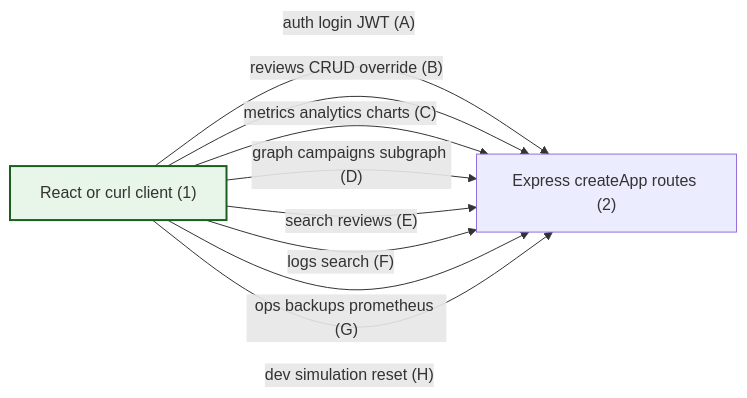
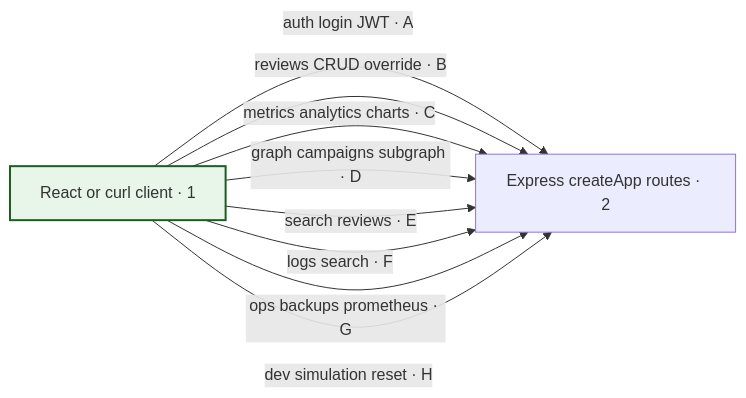
The diagram in docs/diagrams/system-flow-02-rest-api.mmd (OferElboher/suspicious-email-triage), drawn with Mermaid before and after one commit. The commit also changed 18 other files, not shown here.

First line of the commit message:
Align flowchart Mermaid syntax with comprehensive guide arrowheads.

```diff
--- a/docs/diagrams/system-flow-02-rest-api.mmd
+++ b/docs/diagrams/system-flow-02-rest-api.mmd
@@ -1,16 +1,16 @@
 flowchart LR
   classDef flowEntry fill:#e8f5e9,stroke:#1b5e20,stroke-width:2px
 
-  UI["React or curl client (1)"]
-  API["Express createApp routes (2)"]
+  UI["React or curl client · 1"]
+  API["Express createApp routes · 2"]
 
-  UI -->|"auth login JWT (A)"| API
-  UI -->|"reviews CRUD override (B)"| API
-  UI -->|"metrics analytics charts (C)"| API
-  UI -->|"graph campaigns subgraph (D)"| API
-  UI -->|"search reviews (E)"| API
-  UI -->|"logs search (F)"| API
-  UI -->|"ops backups prometheus (G)"| API
-  UI -->|"dev simulation reset (H)"| API
+  UI -->|auth login JWT · A| API
+  UI -->|reviews CRUD override · B| API
+  UI -->|metrics analytics charts · C| API
+  UI -->|graph campaigns subgraph · D| API
+  UI -->|search reviews · E| API
+  UI -->|logs search · F| API
+  UI -->|ops backups prometheus · G| API
+  UI -->|dev simulation reset · H| API
 
   class UI flowEntry
```
